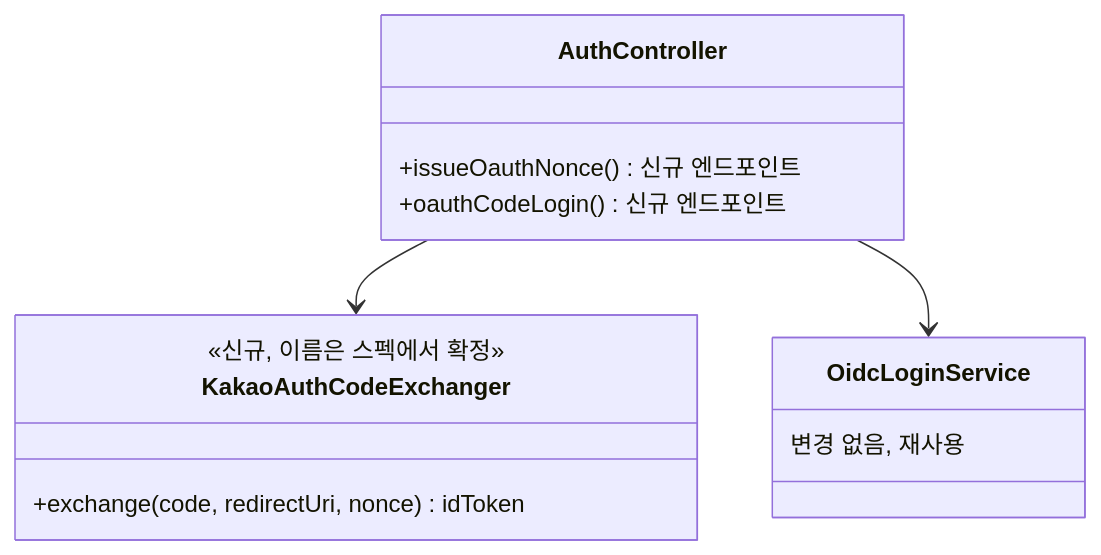
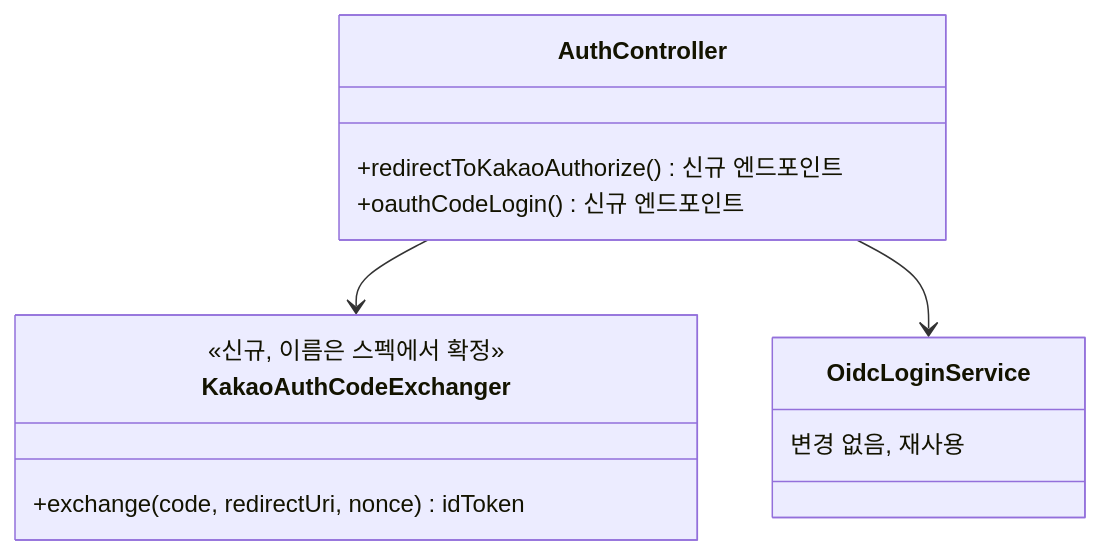
The second of 2 diagrams in docs/prd/MSG-345-prd.md (ASM-MSG/BE), drawn with Mermaid before and after one commit. The commit also changed other lines of this file and 1 other file, not shown here.

````diff
--- a/docs/prd/MSG-345-prd.md
+++ b/docs/prd/MSG-345-prd.md
@@ -74,16 +74,16 @@
 ```mermaid
 classDiagram
     class AuthController {
-        +issueOauthNonce() 신규 엔드포인트
+        +redirectToKakaoAuthorize() 신규 엔드포인트
         +oauthCodeLogin() 신규 엔드포인트
     }
     class KakaoAuthCodeExchanger {
         <<신규, 이름은 스펙에서 확정>>
         +exchange(code, redirectUri, nonce) idToken
     }
     class OidcLoginService {
         변경 없음, 재사용
     }
     AuthController --> KakaoAuthCodeExchanger
     AuthController --> OidcLoginService
 ```
````
